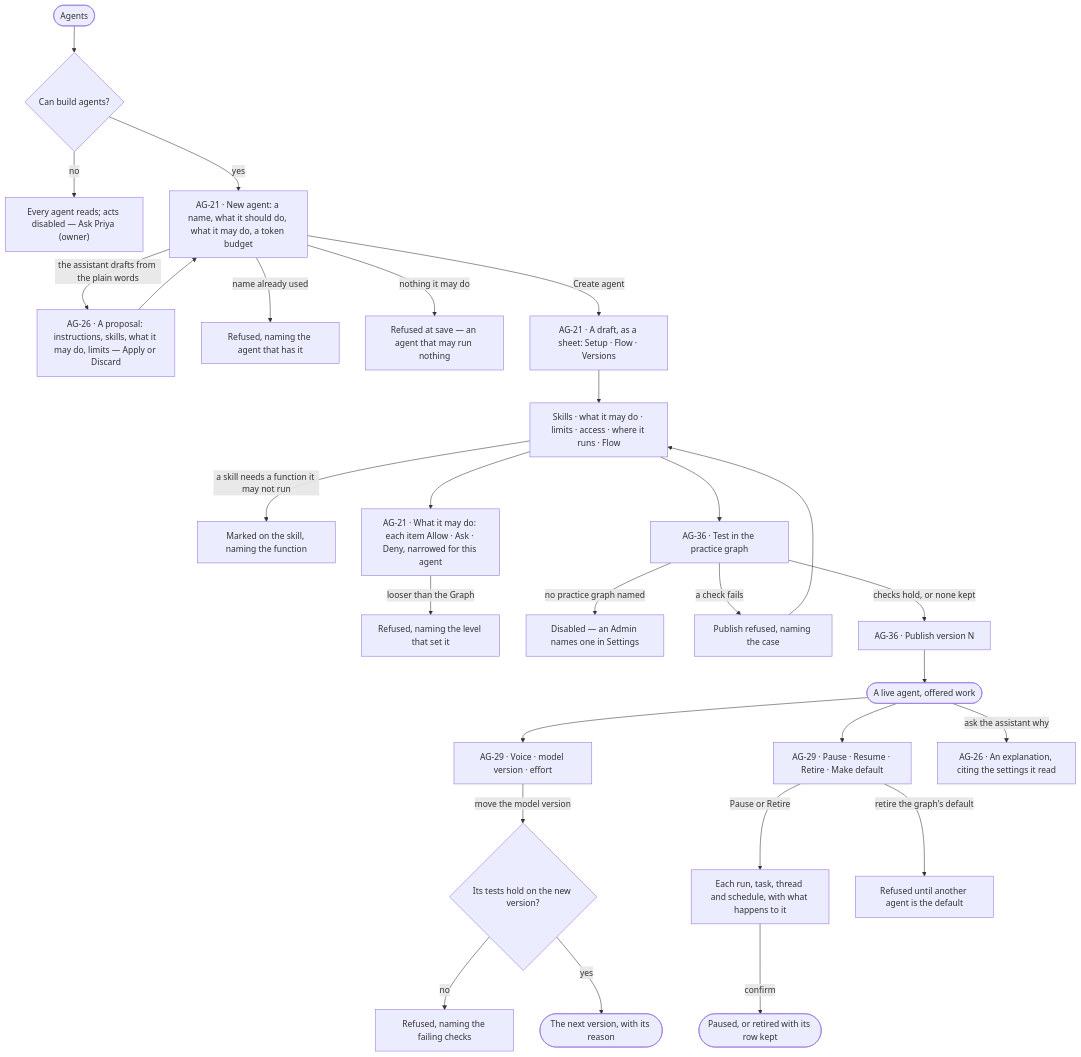
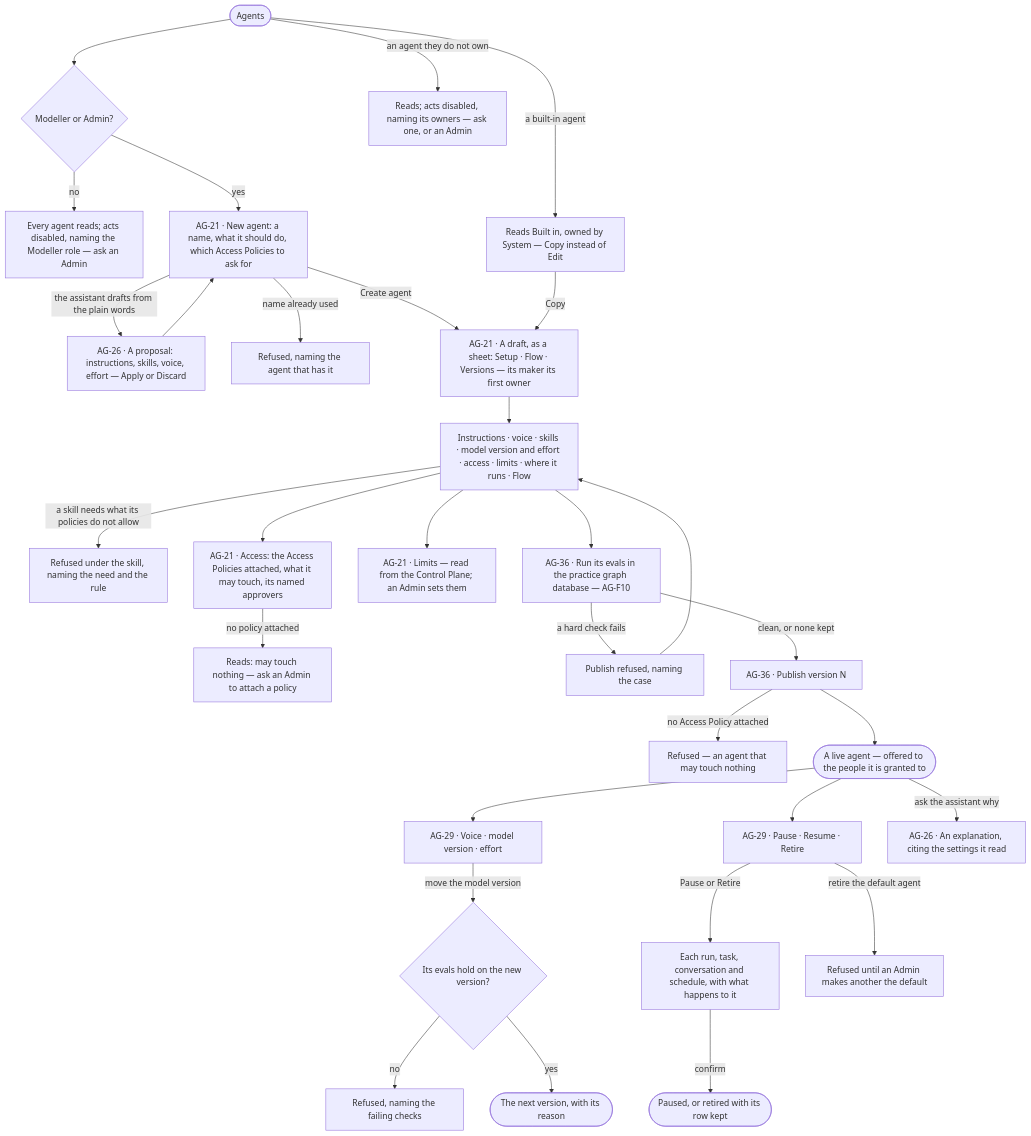
Before and after one commit to invana/invana: the first of 2 diagrams in specs/capabilities/agents/features/AG-F01-build-an-agent/feature.md, drawn with Mermaid. The commit also changed other lines of this file and 522 other files, not shown here.

First line of the commit message:
feat(specs): specs-planes — Access, Control, Agents, Evidence and Ontology planes

````diff
--- a/specs/capabilities/agents/features/AG-F01-build-an-agent/feature.md
+++ b/specs/capabilities/agents/features/AG-F01-build-an-agent/feature.md
@@ -25,29 +26,32 @@
 ```mermaid
 flowchart TD
-  start([Agents]) --> may{Can build agents?}
-  may -->|no| ro["Every agent reads; acts disabled — Ask Priya (owner)"]
-  may -->|yes| new["AG-21 · New agent: a name, what it should do, what it may do, a token budget"]
-  new -->|the assistant drafts from the plain words| as["AG-26 · A proposal: instructions, skills, what it may do, limits — Apply or Discard"]
+  start([Agents]) --> may{"Modeller or Admin?"}
+  may -->|no| ro["Every agent reads; acts disabled, naming the Modeller role — ask an Admin"]
+  may -->|yes| new["AG-21 · New agent: a name, what it should do, which Access Policies to ask for"]
+  new -->|the assistant drafts from the plain words| as["AG-26 · A proposal: instructions, skills, voice, effort — Apply or Discard"]
   as --> new
   new -->|name already used| nx["Refused, naming the agent that has it"]
-  new -->|nothing it may do| nx2["Refused at save — an agent that may run nothing"]
-  new -->|Create agent| draft["AG-21 · A draft, as a sheet: Setup · Flow · Versions"]
-  draft --> setup["Skills · what it may do · limits · access · where it runs · Flow"]
-  setup -->|a skill needs a function it may not run| mark["Marked on the skill, naming the function"]
-  setup --> modes["AG-21 · What it may do: each item Allow · Ask · Deny, narrowed for this agent"]
-  modes -->|looser than the Graph| mx["Refused, naming the level that set it"]
-  setup --> test["AG-36 · Test in the practice graph"]
-  test -->|no practice graph named| tx["Disabled — an Admin names one in Settings"]
-  test -->|a check fails| tf["Publish refused, naming the case"] --> setup
-  test -->|checks hold, or none kept| pub["AG-36 · Publish version N"]
-  pub --> live([A live agent, offered work])
+  new -->|Create agent| draft["AG-21 · A draft, as a sheet: Setup · Flow · Versions — its maker its first owner"]
+  start -->|an agent they do not own| no["Reads; acts disabled, naming its owners — ask one, or an Admin"]
+  start -->|a built-in agent| bi["Reads Built in, owned by System — Copy instead of Edit"]
+  bi -->|Copy| draft
+  draft --> setup["Instructions · voice · skills · model version and effort · access · limits · where it runs · Flow"]
+  setup -->|a skill needs what its policies do not allow| mark["Refused under the skill, naming the need and the rule"]
+  setup --> acc["AG-21 · Access: the Access Policies attached, what it may touch, its named approvers"]
+  acc -->|no policy attached| nop["Reads: may touch nothing — ask an Admin to attach a policy"]
+  setup --> lim["AG-21 · Limits — read from the Control Plane; an Admin sets them"]
+  setup --> test["AG-36 · Run its evals in the practice graph database — AG-F10"]
+  test -->|a hard check fails| tf["Publish refused, naming the case"] --> setup
+  test -->|clean, or none kept| pub["AG-36 · Publish version N"]
+  pub -->|no Access Policy attached| px["Refused — an agent that may touch nothing"]
+  pub --> live([A live agent — offered to the people it is granted to])
   live --> tune["AG-29 · Voice · model version · effort"]
-  tune -->|move the model version| ev{Its tests hold on the new version?}
+  tune -->|move the model version| ev{Its evals hold on the new version?}
   ev -->|no| evx["Refused, naming the failing checks"]
   ev -->|yes| v2(["The next version, with its reason"])
-  live --> life["AG-29 · Pause · Resume · Retire · Make default"]
-  life -->|Pause or Retire| prev["Each run, task, thread and schedule, with what happens to it"]
+  live --> life["AG-29 · Pause · Resume · Retire"]
+  life -->|Pause or Retire| prev["Each run, task, conversation and schedule, with what happens to it"]
   prev -->|confirm| done([Paused, or retired with its row kept])
-  life -->|retire the graph's default| dx["Refused until another agent is the default"]
+  life -->|retire the default agent| dx["Refused until an Admin makes another the default"]
   live -->|ask the assistant why| as2["AG-26 · An explanation, citing the settings it read"]
 ```
````
